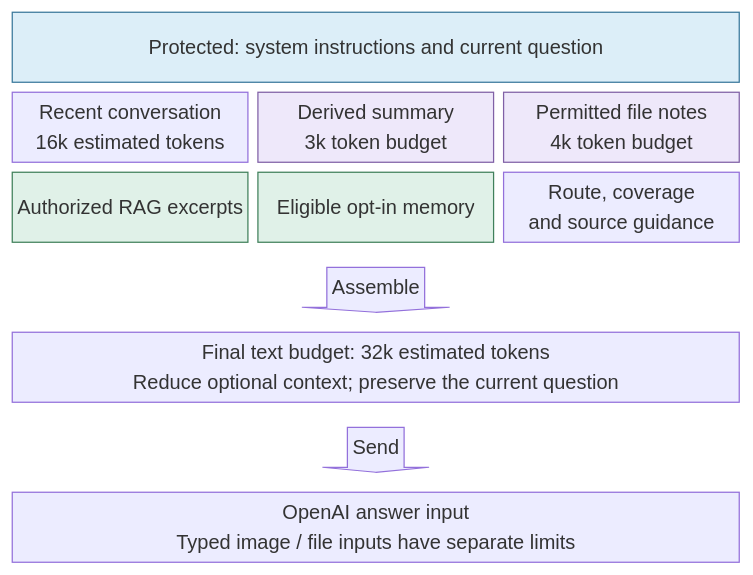
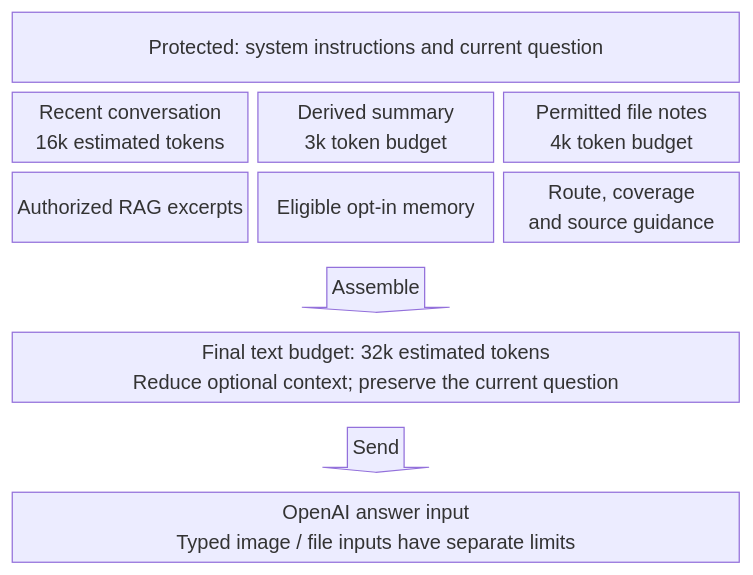
One commit to heecheon92/my-agents changed the third of 9 diagrams in docs/product-chat-service/38-message-to-answer-service-flow.md. Above: the diagram before and after it, drawn with Mermaid. The commit also changed other lines of this file and 19 other files, not shown here.

Commit message:
docs: improve service flow diagram contrast across themes

````diff
--- a/docs/product-chat-service/38-message-to-answer-service-flow.md
+++ b/docs/product-chat-service/38-message-to-answer-service-flow.md
@@ -160,17 +152,11 @@
 ```mermaid
 block-beta
     columns 3
     Mandatory["Protected: system instructions and current question"]:3
     Recent["Recent conversation<br/>16k estimated tokens"] Summary["Derived summary<br/>3k token budget"] Notes["Permitted file notes<br/>4k token budget"]
     Evidence["Authorized RAG excerpts"] Memory["Eligible opt-in memory"] Scope["Route, coverage<br/>and source guidance"]
     space Assemble<["Assemble"]>(down) space
     Packed["Final text budget: 32k estimated tokens<br/>Reduce optional context; preserve the current question"]:3
     space Send<["Send"]>(down) space
     Model["OpenAI answer input<br/>Typed image / file inputs have separate limits"]:3
-    classDef mandatory fill:#dceef8,stroke:#39789b
-    classDef derived fill:#eee8fa,stroke:#8060a6
-    classDef evidence fill:#e0f1e8,stroke:#40805b
-    class Mandatory mandatory
-    class Summary,Notes derived
-    class Evidence,Memory evidence
 ```
````
